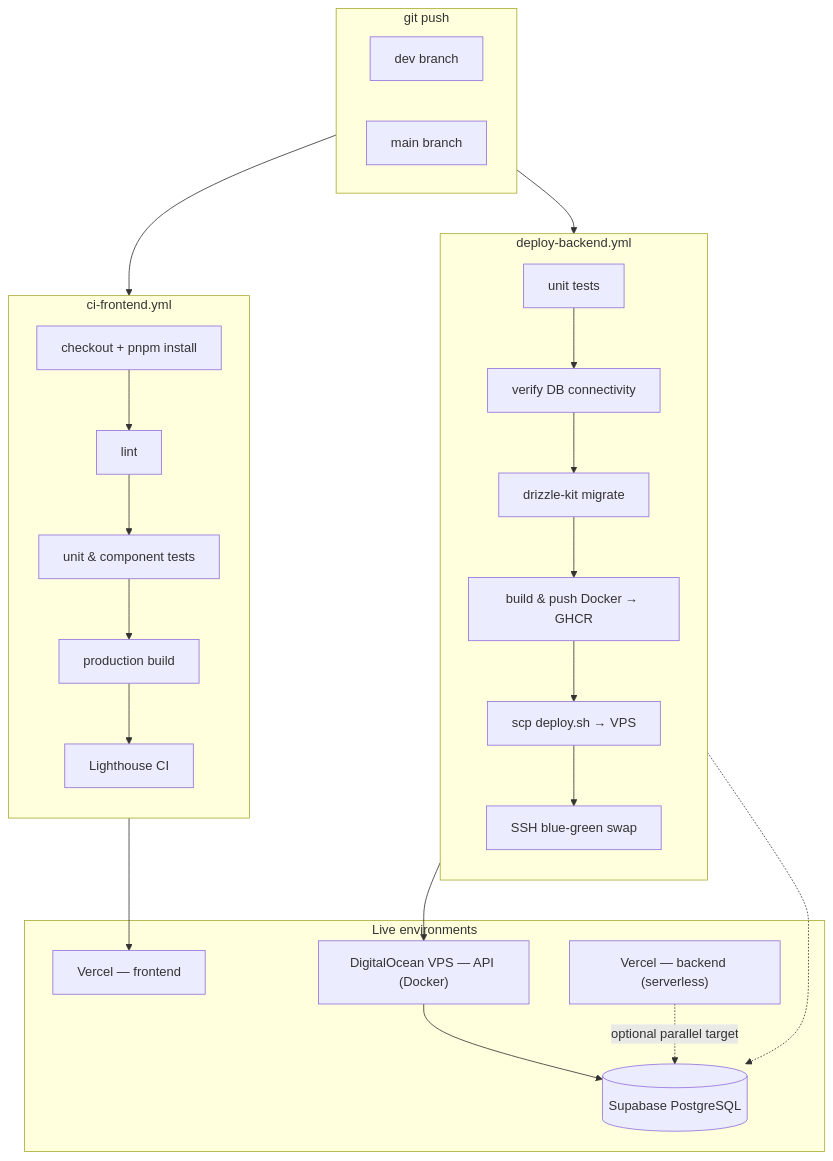
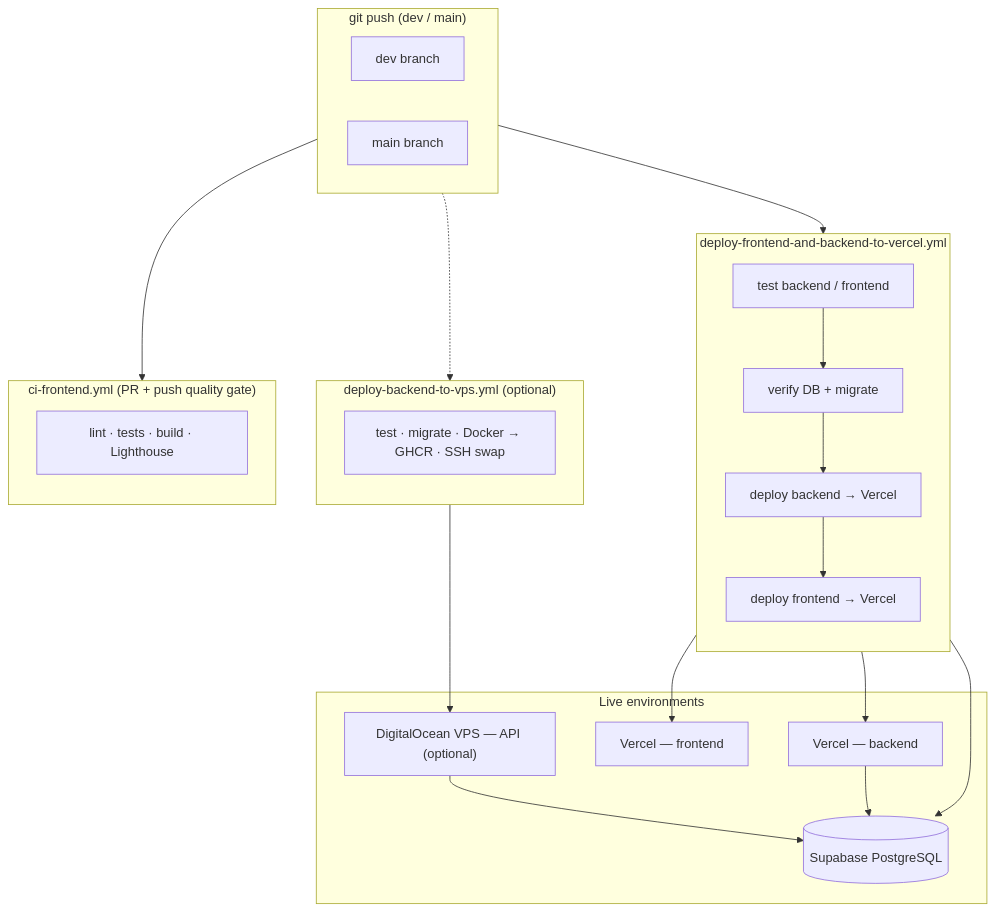
Before and after one commit to hemants1703/AmbitiousYou: the third of 5 diagrams in README.md, drawn with Mermaid. The commit also changed other lines of this file and 11 other files, not shown here.

First line of the commit message:
feat: Replace Render backend deploys with unified Vercel deploy pipeline

````diff
--- a/README.md
+++ b/README.md
@@ -197,43 +197,43 @@
 ```mermaid
 flowchart TB
-    subgraph PUSH["git push"]
+    subgraph PUSH["git push (dev / main)"]
         DEV["dev branch"]
         MAIN["main branch"]
     end
 
-    subgraph FE_CI["ci-frontend.yml"]
+    subgraph FE_CI["ci-frontend.yml (PR + push quality gate)"]
         direction TB
-        FE1["checkout + pnpm install"]
-        FE2["lint"]
-        FE3["unit & component tests"]
-        FE4["production build"]
-        FE5["Lighthouse CI"]
-        FE1 --> FE2 --> FE3 --> FE4 --> FE5
+        FE1["lint · tests · build · Lighthouse"]
     end
 
-    subgraph BE_CI["deploy-backend.yml"]
+    subgraph VERCEL_CI["deploy-frontend-and-backend-to-vercel.yml"]
         direction TB
-        BE1["unit tests"]
-        BE2["verify DB connectivity"]
-        BE3["drizzle-kit migrate"]
-        BE4["build & push Docker → GHCR"]
-        BE5["scp deploy.sh → VPS"]
-        BE6["SSH blue-green swap"]
-        BE1 --> BE2 --> BE3 --> BE4 --> BE5 --> BE6
+        V1["test backend / frontend"]
+        V2["verify DB + migrate"]
+        V3["deploy backend → Vercel"]
+        V4["deploy frontend → Vercel"]
+        V1 --> V2 --> V3 --> V4
+    end
+
+    subgraph VPS_CI["deploy-backend-to-vps.yml (optional)"]
+        direction TB
+        BE1["test · migrate · Docker → GHCR · SSH swap"]
     end
 
     subgraph DEPLOY["Live environments"]
         VERCEL_FE["Vercel — frontend"]
-        VERCEL_BE["Vercel — backend (serverless)"]
-        VPS["DigitalOcean VPS — API (Docker)"]
+        VERCEL_BE["Vercel — backend"]
+        VPS["DigitalOcean VPS — API (optional)"]
         SUPA[("Supabase PostgreSQL")]
     end
 
     PUSH --> FE_CI
-    PUSH --> BE_CI
-    FE5 --> VERCEL_FE
-    BE6 --> VPS
-    BE3 -.-> SUPA
+    PUSH --> VERCEL_CI
+    PUSH -.-> VPS_CI
+    V4 --> VERCEL_FE
+    V3 --> VERCEL_BE
+    V2 --> SUPA
+    BE1 --> VPS
     VPS --> SUPA
-    VERCEL_BE -.->|"optional parallel target"| SUPA
+    VERCEL_BE --> SUPA
 ```
````
